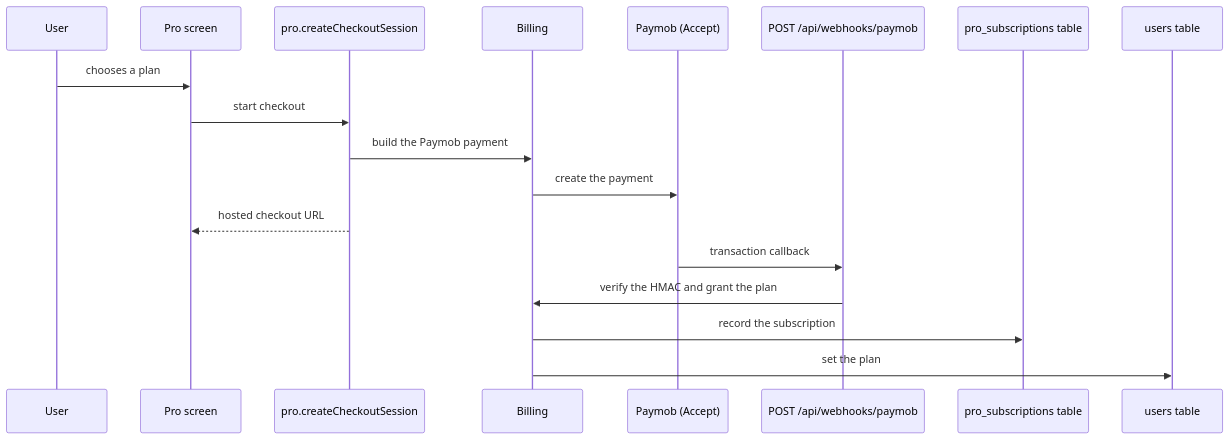
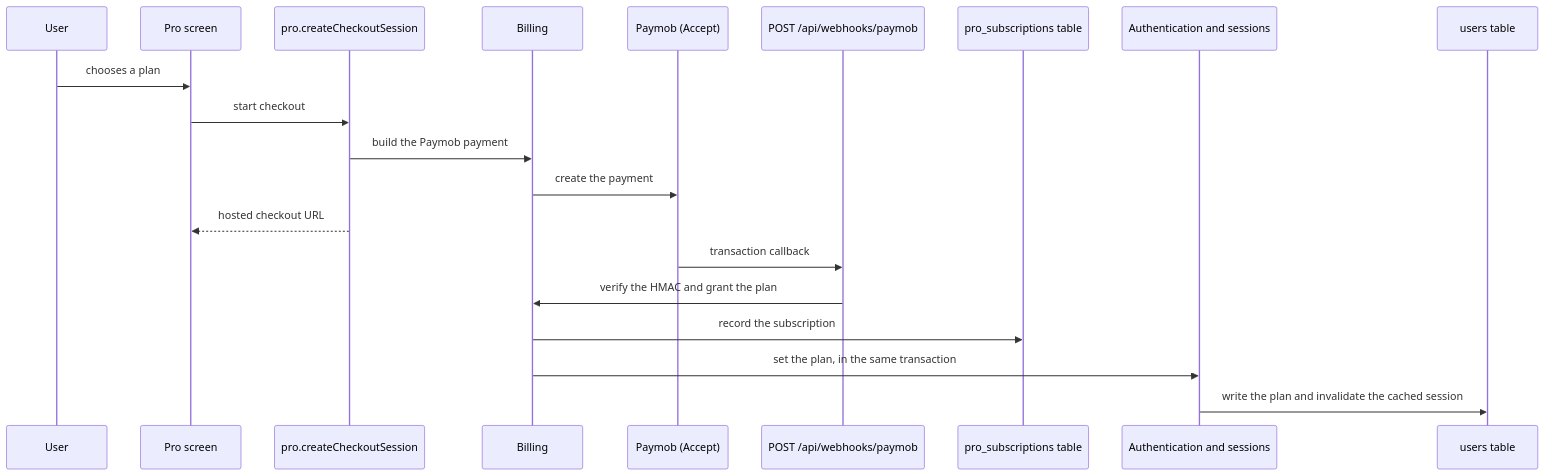
The second of 2 diagrams in docs/atlas/systems/billing.md (mahmoudtaherr111/smartspend_mini_all), drawn with Mermaid before and after one commit. The commit also changed other lines of this file and 38 other files, not shown here.

````diff
--- a/docs/atlas/systems/billing.md
+++ b/docs/atlas/systems/billing.md
@@ -74,20 +73,22 @@
 ```mermaid
 sequenceDiagram
   participant p1 as User
   participant p2 as Pro screen
   participant p3 as pro.createCheckoutSession
   participant p4 as Billing
   participant p5 as Paymob (Accept)
   participant p6 as POST /api/webhooks/paymob
   participant p7 as pro_subscriptions table
-  participant p8 as users table
+  participant p8 as Authentication and sessions
+  participant p9 as users table
   p1->>p2: chooses a plan
   p2->>p3: start checkout
   p3->>p4: build the Paymob payment
   p4->>p5: create the payment
   p3-->>p2: hosted checkout URL
   p5->>p6: transaction callback
   p6->>p4: verify the HMAC and grant the plan
   p4->>p7: record the subscription
-  p4->>p8: set the plan
+  p4->>p8: set the plan, in the same transaction
+  p8->>p9: write the plan and invalidate the cached session
 ```
````
